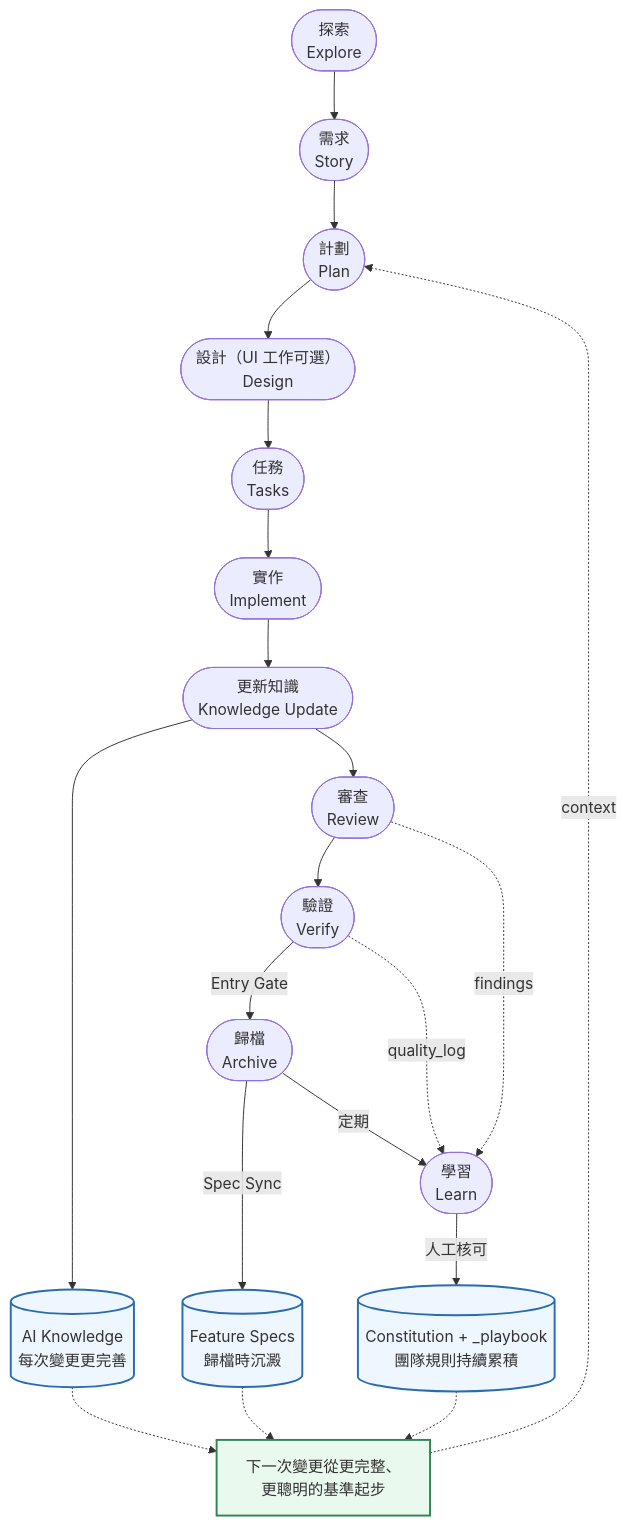
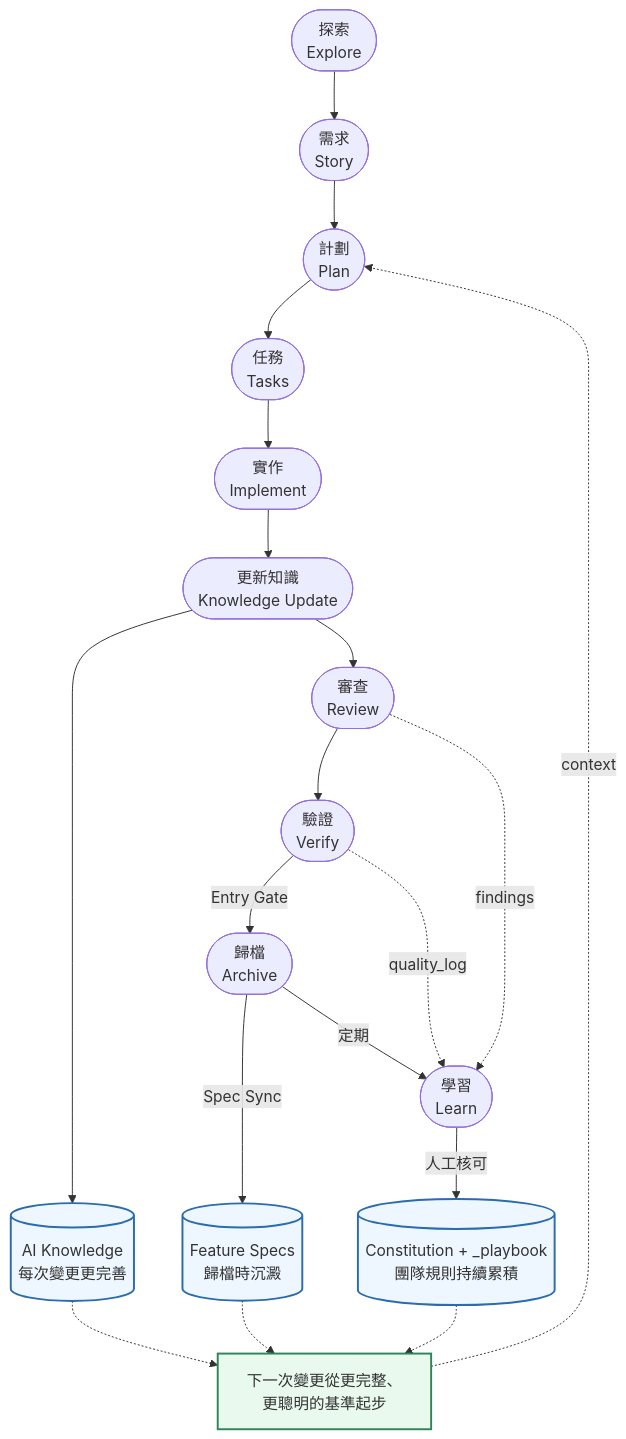
The diagram in docs/concepts/how-it-works.zh-TW.md (benwu95/prospec), drawn with Mermaid before and after one commit. The commit also changed other lines of this file and 127 other files, not shown here.

````diff
--- a/docs/concepts/how-it-works.zh-TW.md
+++ b/docs/concepts/how-it-works.zh-TW.md
@@ -6,21 +6,21 @@
 ```mermaid
 flowchart TD
-    E([探索<br/>Explore]) --> S([需求<br/>Story]) --> P([計劃<br/>Plan]) --> D(["設計（UI 工作可選）<br/>Design"]) --> T([任務<br/>Tasks]) --> I([實作<br/>Implement]) --> KU([更新知識<br/>Knowledge Update]) --> R([審查<br/>Review]) --> V([驗證<br/>Verify]) -- Entry Gate --> A([歸檔<br/>Archive]) -- 定期 --> L([學習<br/>Learn])
+    E([探索<br/>Explore]) --> S([需求<br/>Story]) --> P([計劃<br/>Plan]) --> T([任務<br/>Tasks]) --> I([實作<br/>Implement]) --> KU([更新知識<br/>Knowledge Update]) --> R([審查<br/>Review]) --> V([驗證<br/>Verify]) -- Entry Gate --> A([歸檔<br/>Archive]) -- 定期 --> L([學習<br/>Learn])
 
     V -. quality_log .-> L
     R -. findings .-> L
     L -- 人工核可 --> RULES[("Constitution + _playbook<br/>團隊規則持續累積")]
 
     KU --> AK[("AI Knowledge<br/>每次變更更完善")]
     A -- Spec Sync --> FS[("Feature Specs<br/>歸檔時沉澱")]
 
     AK -.-> NEXT["下一次變更從更完整、<br/>更聰明的基準起步"]
     FS -.-> NEXT
     RULES -.-> NEXT
     NEXT -. context .-> P
 
     classDef asset fill:#eef7ff,stroke:#2b6cb0,stroke-width:2px;
     classDef gain fill:#e9f9ee,stroke:#2f855a,stroke-width:2px;
     class AK,FS,RULES asset;
     class NEXT gain;
 ```
````
